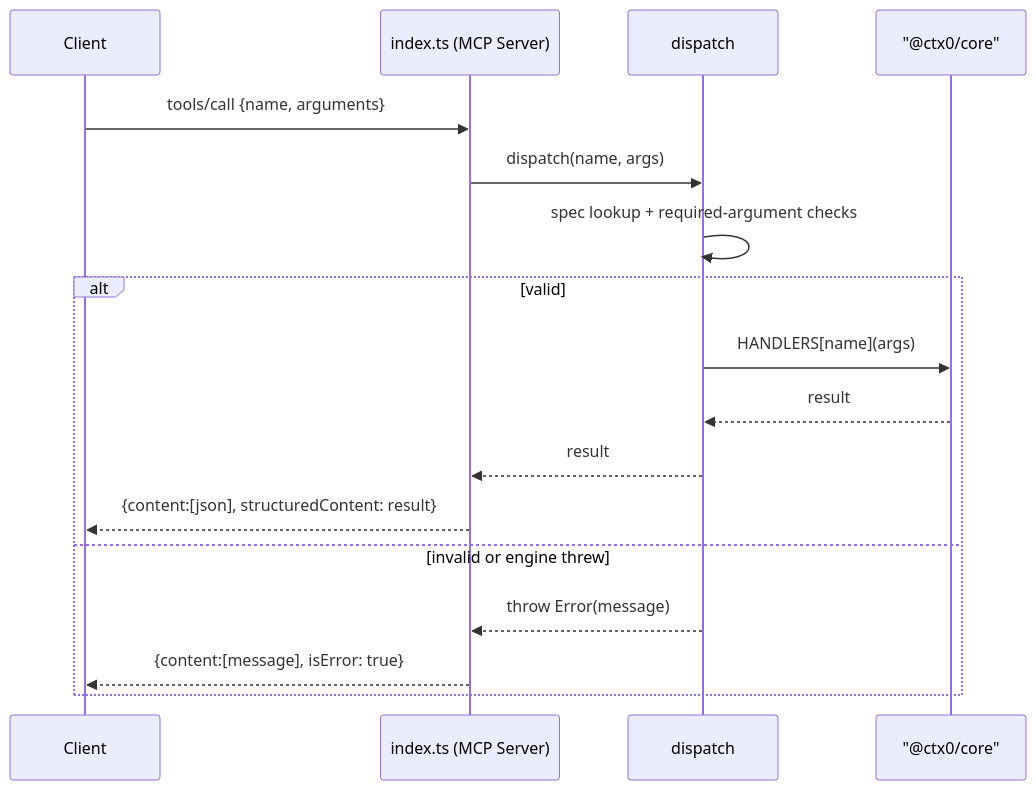
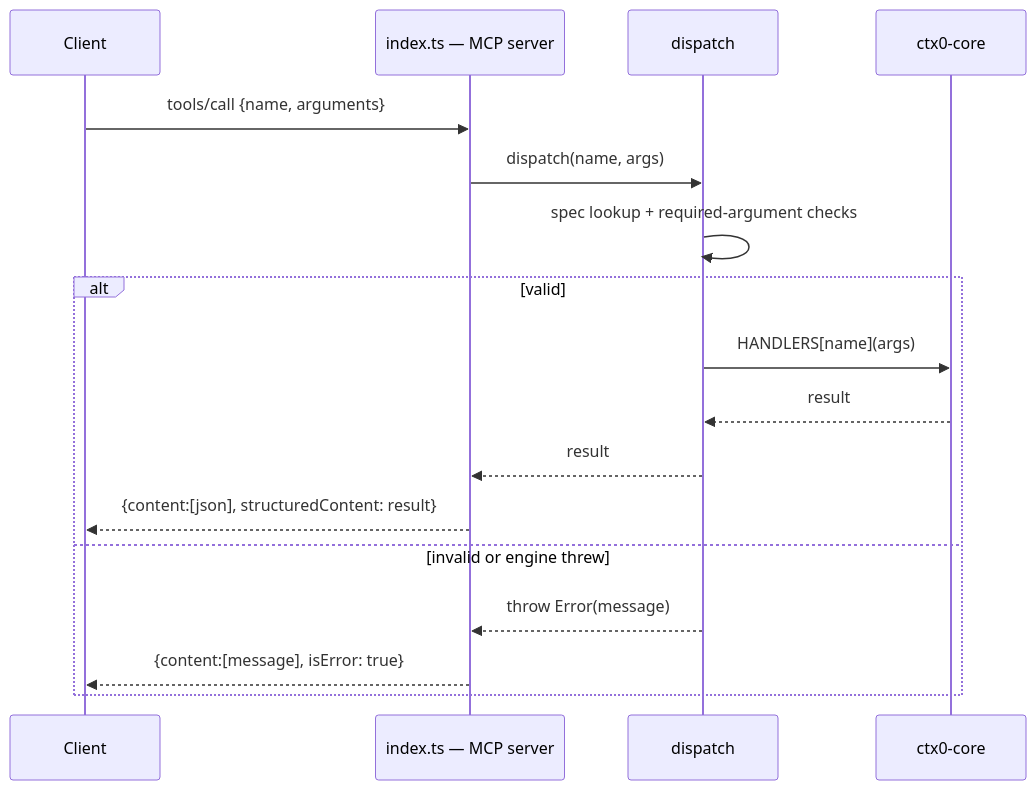
The second of 2 diagrams in docs/architecture/engine-server.md (gbrandtio/ctx.0), drawn with Mermaid before and after one commit. The commit also changed other lines of this file and 2 other files, not shown here.

First line of the commit message:
docs: fix mermaid parse error and harden diagram syntax

````diff
--- a/docs/architecture/engine-server.md
+++ b/docs/architecture/engine-server.md
@@ -148,20 +148,20 @@
 ```mermaid
 sequenceDiagram
     participant C as Client
-    participant S as index.ts (MCP Server)
+    participant S as index.ts — MCP server
     participant D as dispatch
-    participant E as "@ctx0/core"
+    participant E as ctx0-core
 
     C->>S: tools/call {name, arguments}
     S->>D: dispatch(name, args)
     D->>D: spec lookup + required-argument checks
     alt valid
         D->>E: HANDLERS[name](args)
         E-->>D: result
         D-->>S: result
         S-->>C: {content:[json], structuredContent: result}
     else invalid or engine threw
         D-->>S: throw Error(message)
         S-->>C: {content:[message], isError: true}
     end
 ```
````
